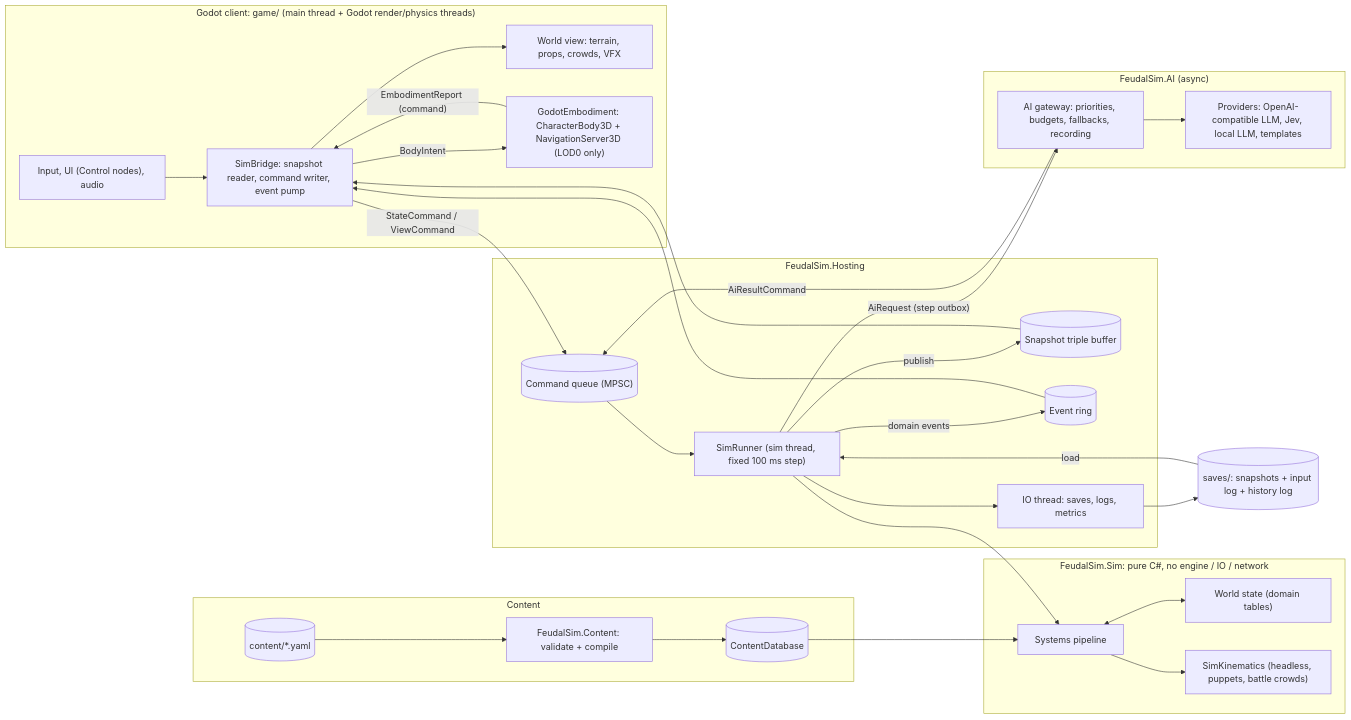
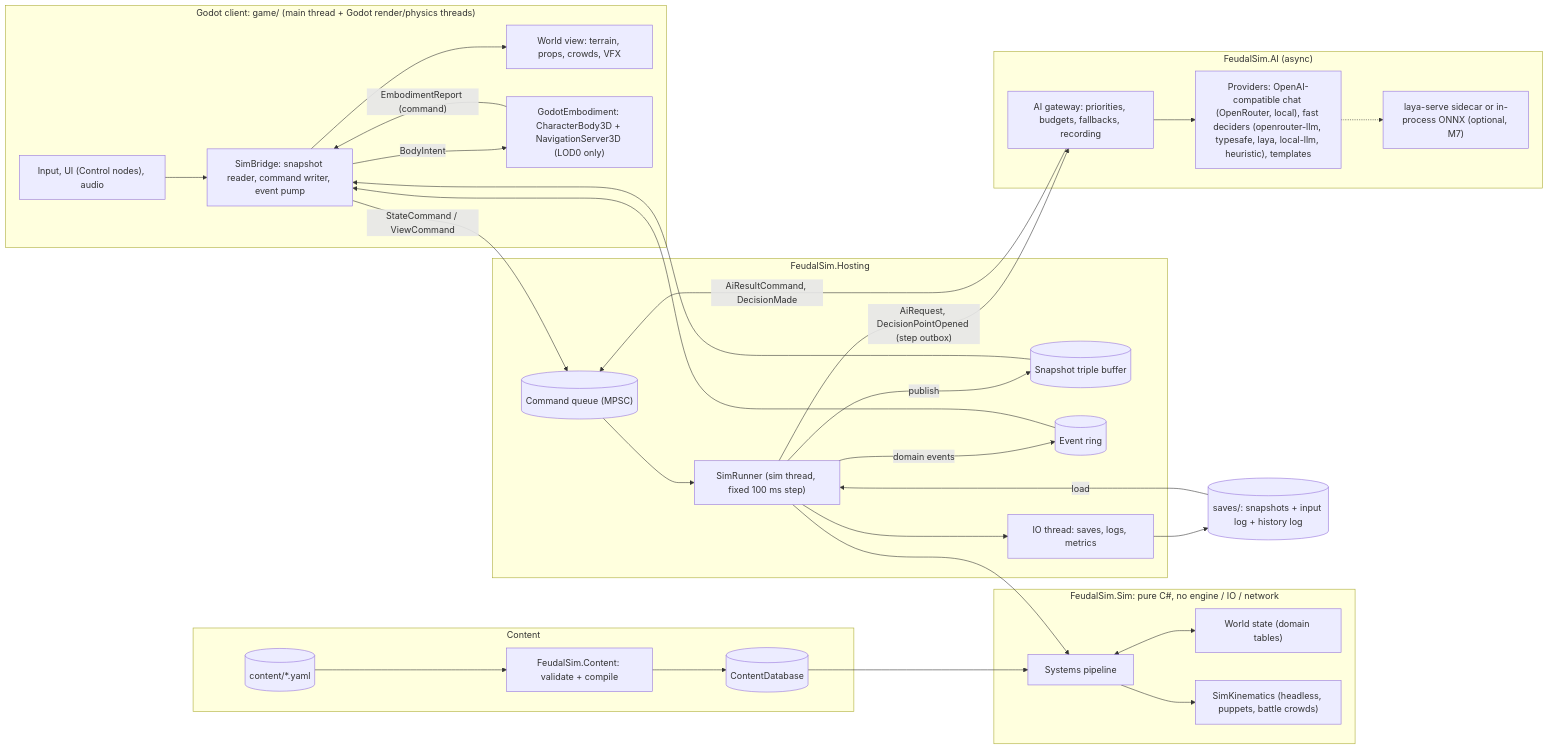
The first of 5 diagrams in docs/tech/20-architecture.md (elefant35/FeudalSim), drawn with Mermaid before and after one commit. The commit also changed other lines of this file and 35 other files, not shown here.

````diff
--- a/docs/tech/20-architecture.md
+++ b/docs/tech/20-architecture.md
@@ -69,51 +71,53 @@
 ```mermaid
 flowchart LR
   subgraph CL["Godot client: game/ (main thread + Godot render/physics threads)"]
     IN["Input, UI (Control nodes), audio"]
     VW["World view: terrain, props, crowds, VFX"]
     EM["GodotEmbodiment: CharacterBody3D + NavigationServer3D (LOD0 only)"]
     BR["SimBridge: snapshot reader, command writer, event pump"]
   end
   subgraph HO["FeudalSim.Hosting"]
     RUN["SimRunner (sim thread, fixed 100 ms step)"]
     CQ[("Command queue (MPSC)")]
     SB[("Snapshot triple buffer")]
     EB[("Event ring")]
     IO["IO thread: saves, logs, metrics"]
   end
   subgraph SIM["FeudalSim.Sim: pure C#, no engine / IO / network"]
     SYS["Systems pipeline"]
     ST["World state (domain tables)"]
     KIN["SimKinematics (headless, puppets, battle crowds)"]
   end
   subgraph AIG["FeudalSim.AI (async)"]
     GW["AI gateway: priorities, budgets, fallbacks, recording"]
-    PV["Providers: OpenAI-compatible LLM, Jev, local LLM, templates"]
+    PV["Providers: OpenAI-compatible chat (OpenRouter, local), fast deciders (openrouter-llm, typesafe, laya, local-llm, heuristic), templates"]
+    LS["laya-serve sidecar or in-process ONNX (optional, M7)"]
   end
   subgraph CT["Content"]
     Y[("content/*.yaml")]
     CC["FeudalSim.Content: validate + compile"]
     DB[("ContentDatabase")]
   end
   PS[("saves/: snapshots + input log + history log")]
 
   IN --> BR
   EM -->|"EmbodimentReport (command)"| BR
   BR -->|"StateCommand / ViewCommand"| CQ
   CQ --> RUN
   RUN --> SYS
   SYS <--> ST
   SYS --> KIN
   RUN -->|"publish"| SB
   RUN -->|"domain events"| EB
   SB --> BR
   EB --> BR
   BR --> VW
   BR -->|"BodyIntent"| EM
-  RUN -->|"AiRequest (step outbox)"| GW
+  RUN -->|"AiRequest, DecisionPointOpened (step outbox)"| GW
   GW --> PV
-  GW -->|"AiResultCommand"| CQ
+  PV -.-> LS
+  GW -->|"AiResultCommand, DecisionMade"| CQ
   Y --> CC --> DB --> SYS
   RUN --> IO --> PS
   PS -->|"load"| RUN
 ```
````
